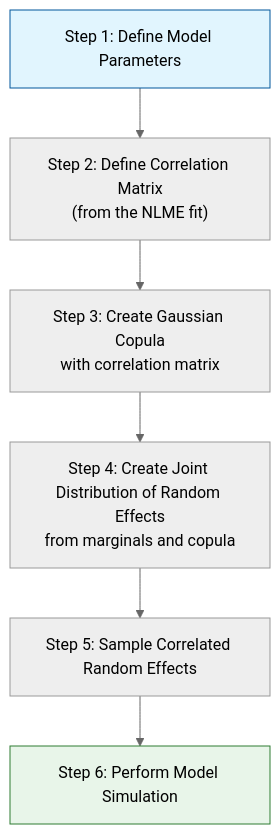
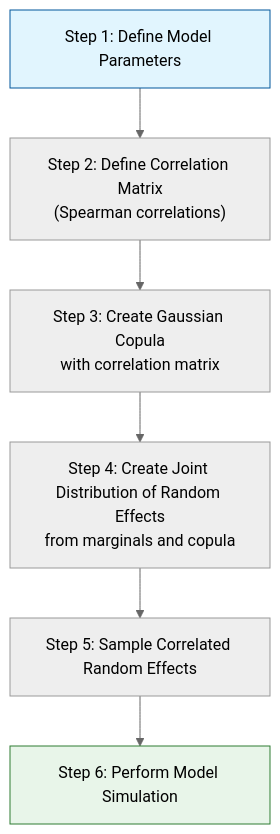
The diagram in tutorials/hbv_04_copula_vpop_tutorial.qmd (PumasAI-Labs/PumasInSilicoClinicalTrials), drawn with Mermaid (neutral theme) before and after one commit. The commit also changed other lines of this file and 5 other files, not shown here.

````diff
--- a/tutorials/hbv_04_copula_vpop_tutorial.qmd
+++ b/tutorials/hbv_04_copula_vpop_tutorial.qmd
@@ -366,12 +366,12 @@
 ```{mermaid}
 %%| echo: false
 flowchart TB
-    A["Step 1: Define Model Parameters"] --> B["Step 2: Define Correlation Matrix<br/>(from the NLME fit)"]
+    A["Step 1: Define Model Parameters"] --> B["Step 2: Define Correlation Matrix<br/>(Spearman correlations)"]
     B --> C["Step 3: Create Gaussian Copula<br/>with correlation matrix"]
     C --> D["Step 4: Create Joint Distribution of Random Effects<br/>from marginals and copula"]
     D --> E["Step 5: Sample Correlated Random Effects"]
     E --> F["Step 6: Perform Model Simulation"]
 
     style A fill:#e1f5fe,stroke:#01579b
     style F fill:#e8f5e9,stroke:#2e7d32
 ```
````
